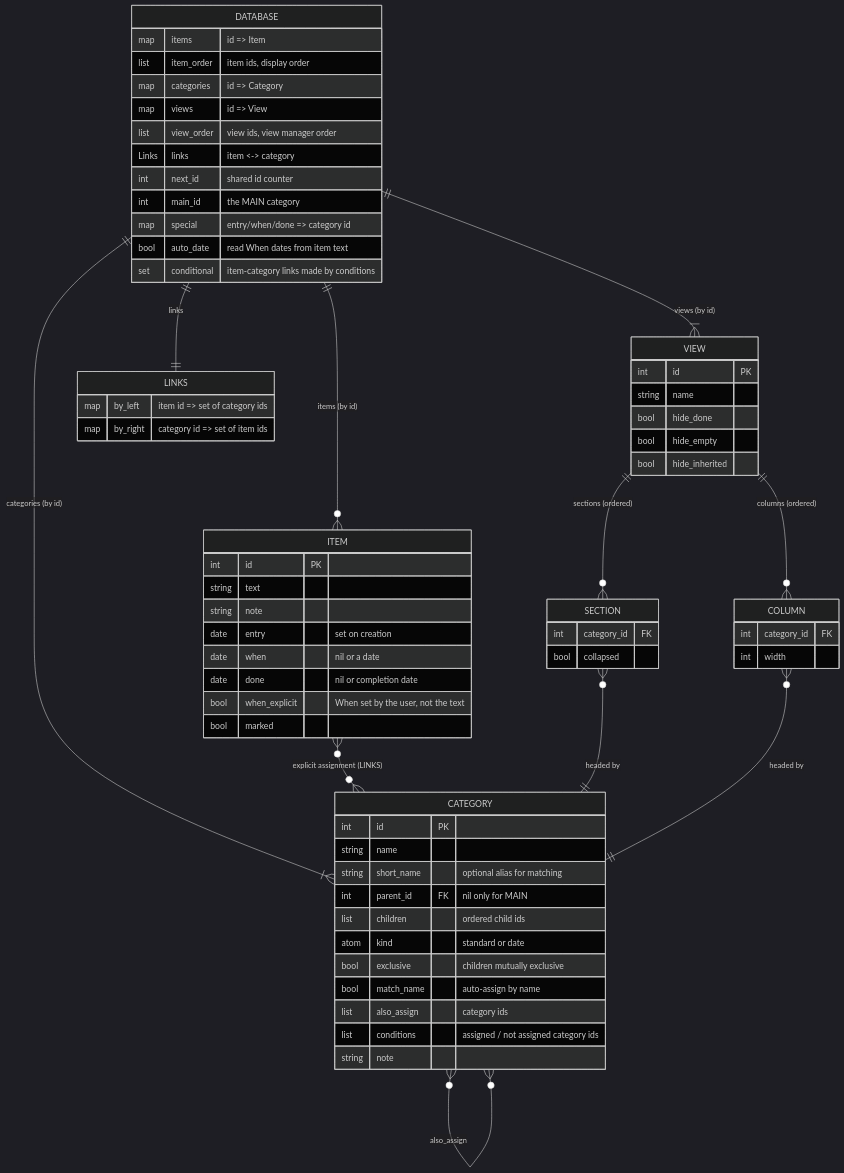
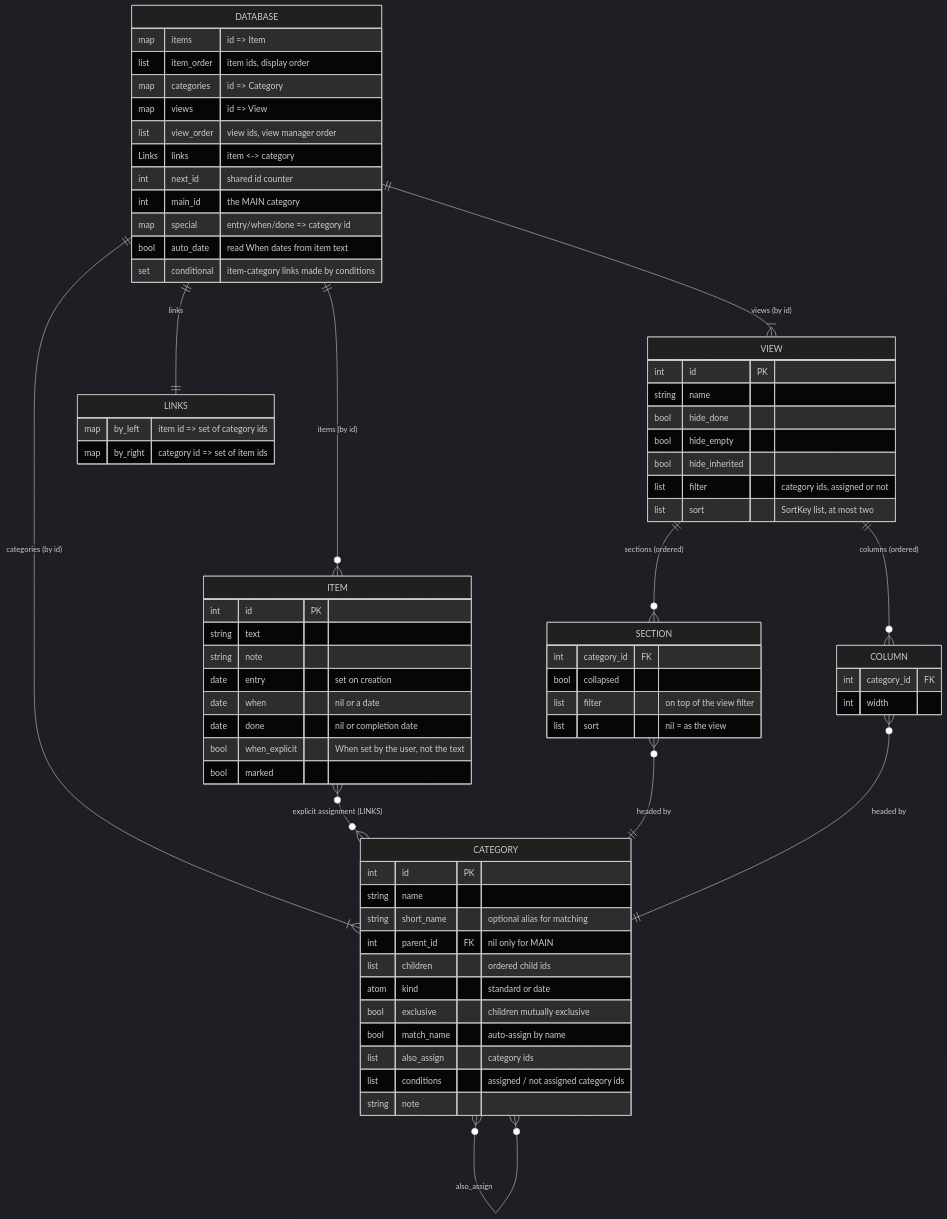
One commit to jamting/agendum changed the first of 6 diagrams in docs/DATA_MODEL.md. Above: the diagram before and after it, drawn with Mermaid (dark theme). The commit also changed other lines of this file and 21 other files, not shown here.

First line of the commit message:
Filter views and sections, and sort items (R28, R36)

````diff
--- a/docs/DATA_MODEL.md
+++ b/docs/DATA_MODEL.md
@@ -12,70 +12,74 @@
 ```mermaid
 erDiagram
     DATABASE ||--o{ ITEM : "items (by id)"
     DATABASE ||--|{ CATEGORY : "categories (by id)"
     DATABASE ||--|{ VIEW : "views (by id)"
     DATABASE ||--|| LINKS : "links"
     CATEGORY ||--o{ CATEGORY : "children (ordered)"
     ITEM }o--o{ CATEGORY : "explicit assignment (LINKS)"
     CATEGORY }o--o{ CATEGORY : "also_assign"
     VIEW ||--o{ SECTION : "sections (ordered)"
     VIEW ||--o{ COLUMN : "columns (ordered)"
     SECTION }o--|| CATEGORY : "headed by"
     COLUMN }o--|| CATEGORY : "headed by"
 
     DATABASE {
         map items "id => Item"
         list item_order "item ids, display order"
         map categories "id => Category"
         map views "id => View"
         list view_order "view ids, view manager order"
         Links links "item <-> category"
         int next_id "shared id counter"
         int main_id "the MAIN category"
         map special "entry/when/done => category id"
         bool auto_date "read When dates from item text"
         set conditional "item-category links made by conditions"
     }
     ITEM {
         int id PK
         string text
         string note
         date entry "set on creation"
         date when "nil or a date"
         date done "nil or completion date"
         bool when_explicit "When set by the user, not the text"
         bool marked
     }
     CATEGORY {
         int id PK
         string name
         string short_name "optional alias for matching"
         int parent_id FK "nil only for MAIN"
         list children "ordered child ids"
         atom kind "standard or date"
         bool exclusive "children mutually exclusive"
         bool match_name "auto-assign by name"
         list also_assign "category ids"
         list conditions "assigned / not assigned category ids"
         string note
     }
     VIEW {
         int id PK
         string name
         bool hide_done
         bool hide_empty
         bool hide_inherited
+        list filter "category ids, assigned or not"
+        list sort "SortKey list, at most two"
     }
     SECTION {
         int category_id FK
         bool collapsed
+        list filter "on top of the view filter"
+        list sort "nil = as the view"
     }
     COLUMN {
         int category_id FK
         int width
     }
     LINKS {
         map by_left "item id => set of category ids"
         map by_right "category id => set of item ids"
     }
 ```
````
